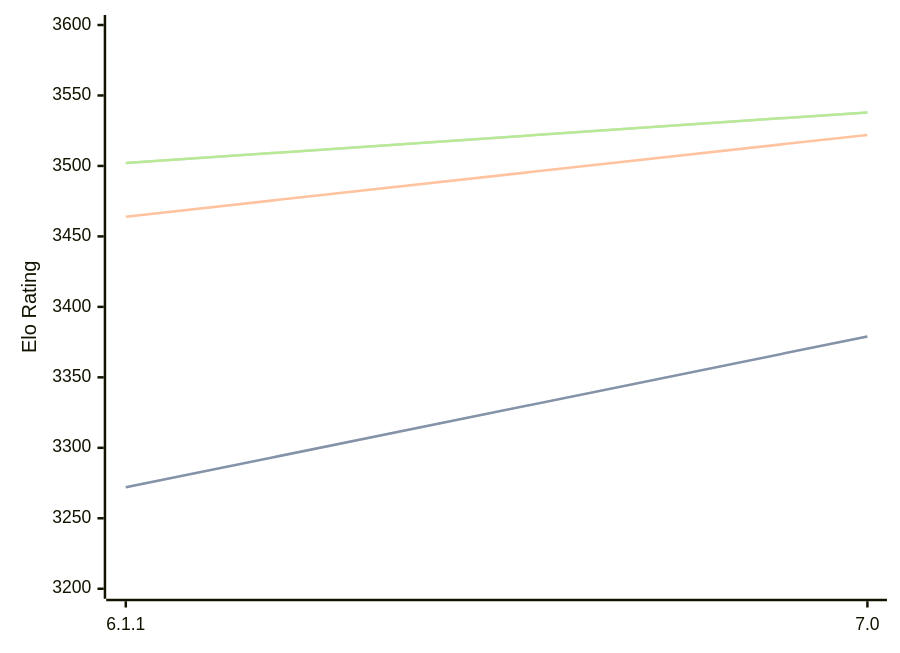
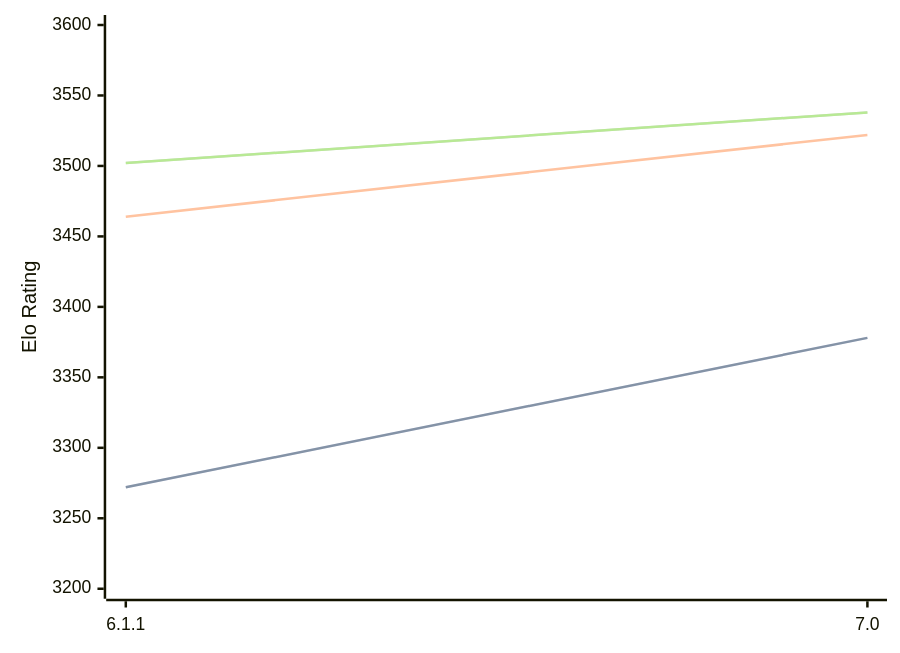
One commit to computer-chess-index/cci changed the diagram in engines/Astra.md. Above: the diagram before and after it, drawn with Mermaid. The commit also changed other lines of this file, not shown here.

````diff
--- a/engines/Astra.md
+++ b/engines/Astra.md
@@ -44,11 +44,11 @@
 ```mermaid
 %%{init: {"theme":"base","themeVariables":{"seriesColors:['#a3a3a3','#222221','#faa371']}}}%%
 xychart-beta
   x-axis ["6.1.1", "7.0"]
   y-axis "Elo Rating" 3200 --> 3600
-  line "STC (8.0+0.08s)" [3272, 3379]
-  line "STC (8.0+0.08s)" [3272, 3379]
+  line "STC (8.0+0.08s)" [3272, 3378]
+  line "STC (8.0+0.08s)" [3272, 3378]
   line "LTC (60.0+0.60s)" [3464, 3522]
   line "VLTC (2m24s+1.12s)" [3502, 3538]
   line "VLTC (2m24s+1.12s)" [3502, 3538]
 ```
````
